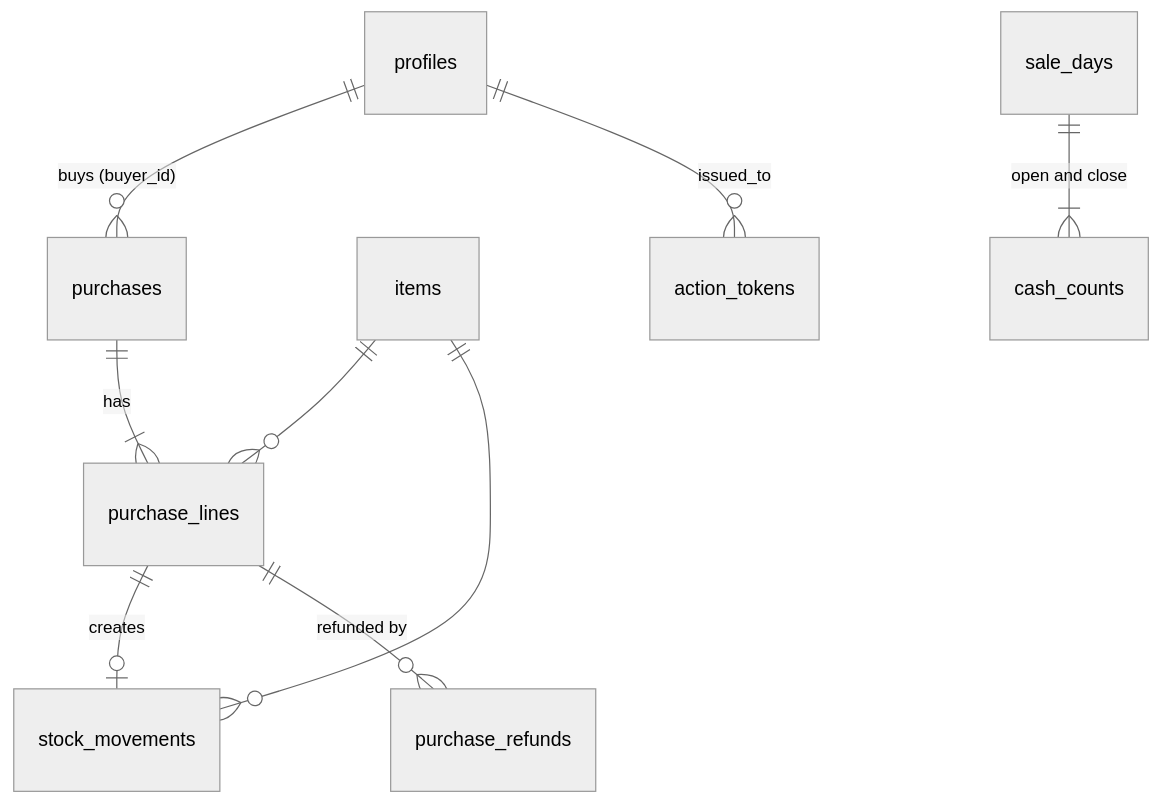
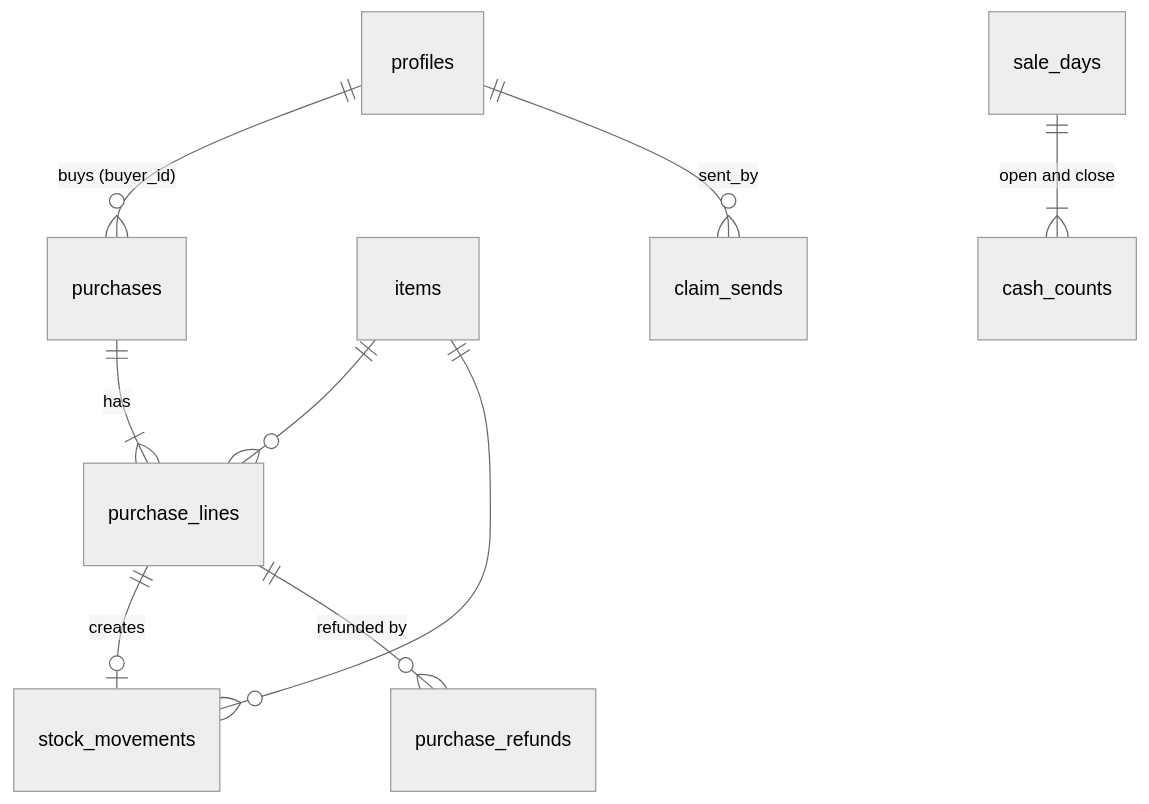
The diagram in docs/DATA_MODEL.md (calvincchan/snack-shack), drawn with Mermaid (neutral theme) before and after one commit. The commit also changed other lines of this file and 32 other files, not shown here.

````diff
--- a/docs/DATA_MODEL.md
+++ b/docs/DATA_MODEL.md
@@ -18,11 +18,11 @@
 ```mermaid
 erDiagram
   profiles ||--o{ purchases : "buys (buyer_id)"
   purchases ||--|{ purchase_lines : has
   items ||--o{ purchase_lines : ""
   items ||--o{ stock_movements : ""
   purchase_lines ||--o| stock_movements : "creates"
   purchase_lines ||--o{ purchase_refunds : "refunded by"
   sale_days ||--|{ cash_counts : "open and close"
-  profiles ||--o{ action_tokens : "issued_to"
+  profiles ||--o{ claim_sends : "sent_by"
 ```
````
